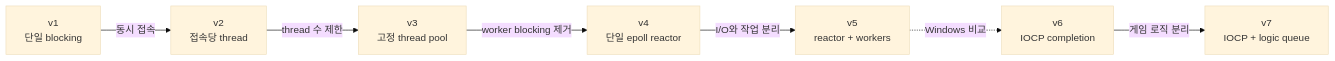
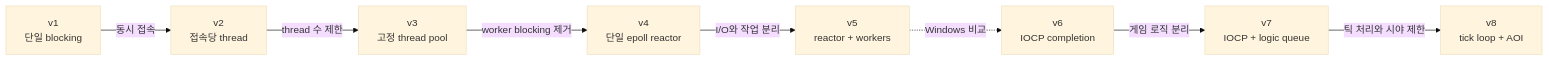
Before and after one commit to 1sanguk/CPP_Server: the diagram in README.md, drawn with Mermaid (base theme). The commit also changed other lines of this file and 1 other file, not shown here.

````diff
--- a/README.md
+++ b/README.md
@@ -19,9 +20,10 @@
 ```mermaid
 flowchart LR
     V1["v1<br/>단일 blocking"] -->|"동시 접속"| V2["v2<br/>접속당 thread"]
     V2 -->|"thread 수 제한"| V3["v3<br/>고정 thread pool"]
     V3 -->|"worker blocking 제거"| V4["v4<br/>단일 epoll reactor"]
     V4 -->|"I/O와 작업 분리"| V5["v5<br/>reactor + workers"]
     V5 -. "Windows 비교" .-> V6["v6<br/>IOCP completion"]
     V6 -->|"게임 로직 분리"| V7["v7<br/>IOCP + logic queue"]
+    V7 -->|"틱 처리와 시야 제한"| V8["v8<br/>tick loop + AOI"]
 ```
````
